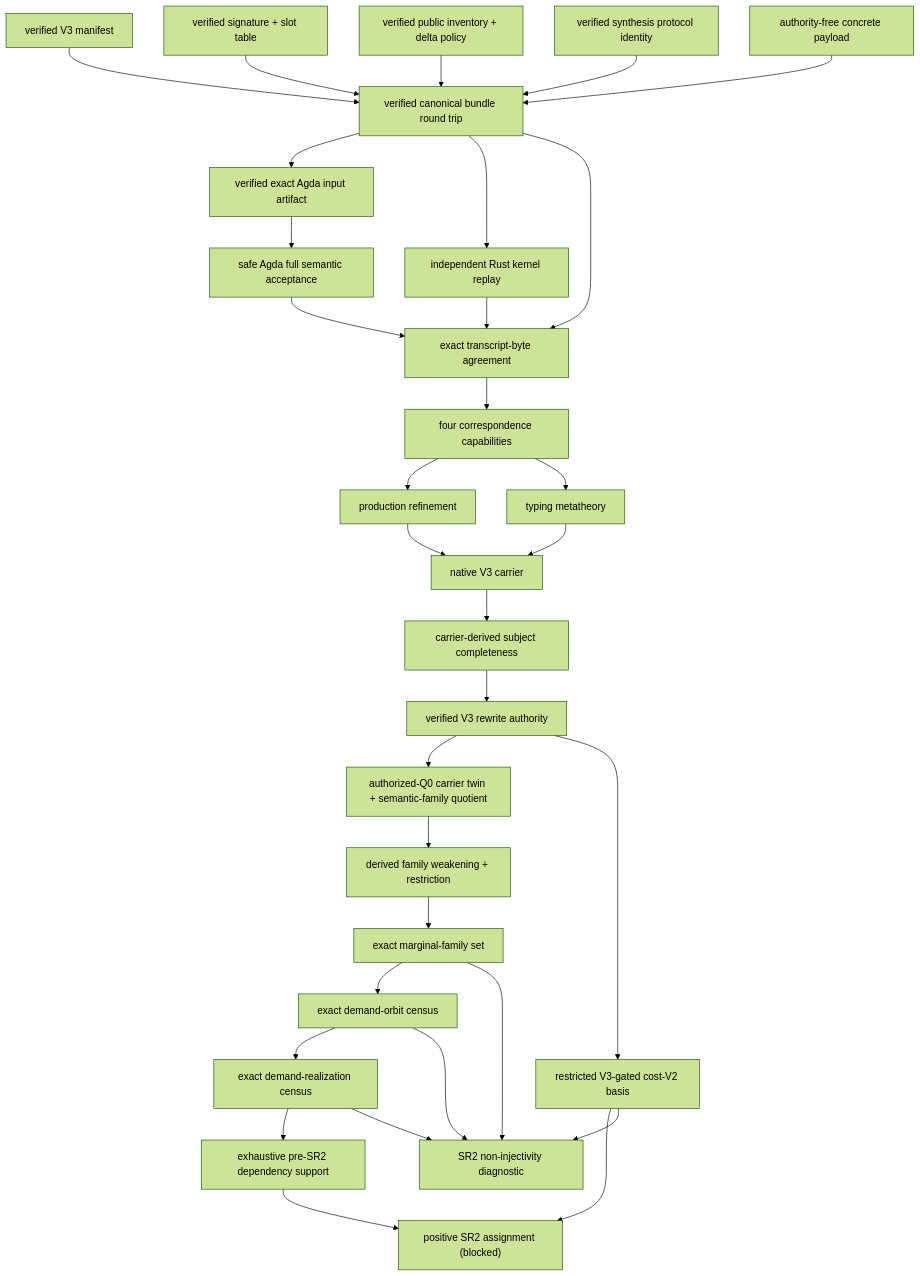
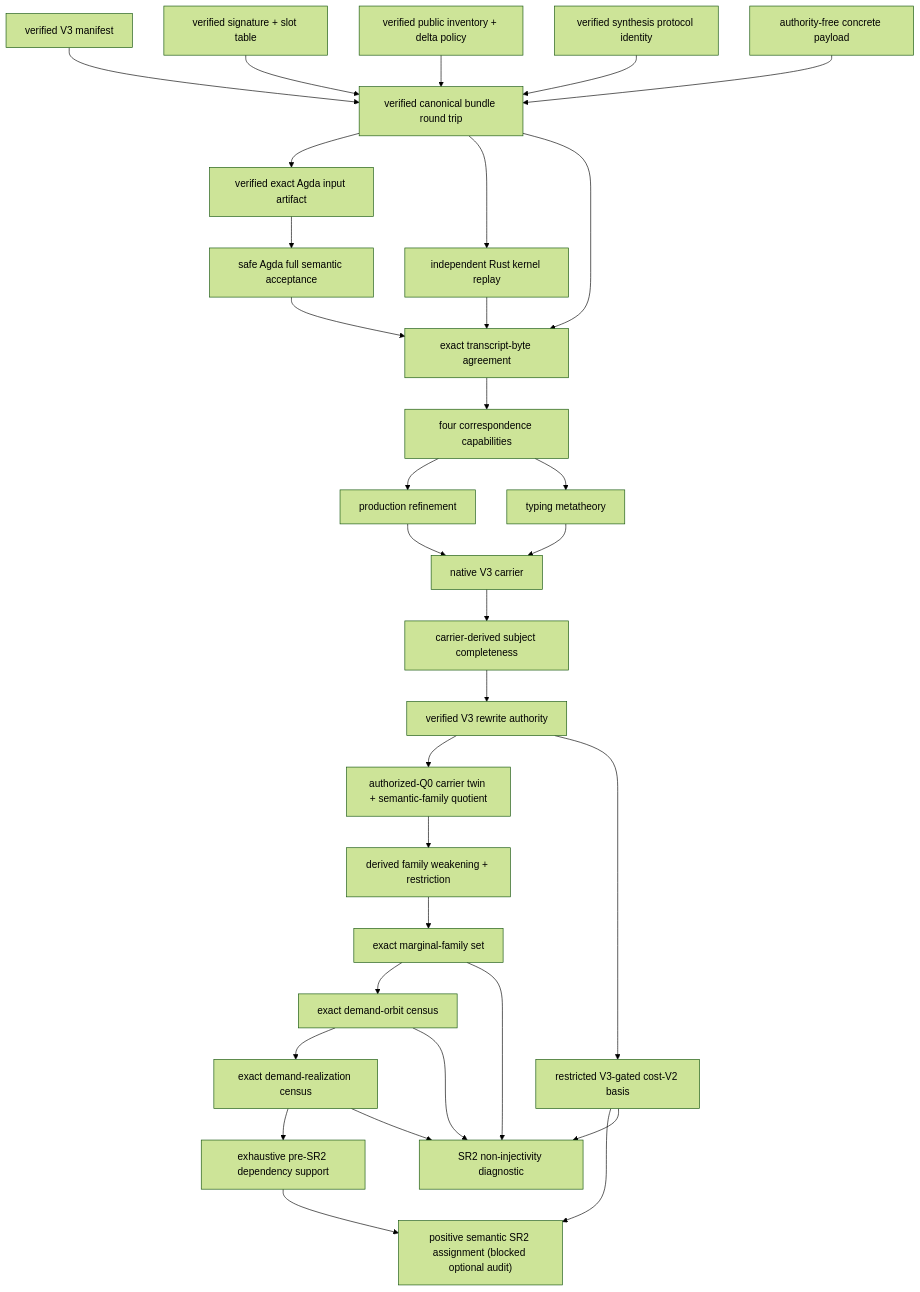
Before and after one commit to efficient-novelty/atomic: the third of 4 diagrams in docs/260730_architecture.md, drawn with Mermaid (forest theme). The commit also changed other lines of this file and 14 other files, not shown here.

````diff
--- a/docs/260730_architecture.md
+++ b/docs/260730_architecture.md
@@ -1063,60 +1399,60 @@
 ```mermaid
 flowchart TD
   Manifest["verified V3 manifest"]
   Signature["verified signature + slot table"]
   Inventory["verified public inventory + delta policy"]
   Synthesis["verified synthesis protocol identity"]
   Payload["authority-free concrete payload"]
   Bundle["verified canonical bundle round trip"]
   Input["verified exact Agda input artifact"]
   Agda["safe Agda full semantic acceptance"]
   Rust["independent Rust kernel replay"]
   Transcript["exact transcript-byte agreement"]
   Correspondence["four correspondence capabilities"]
   Refinement["production refinement"]
   Meta["typing metatheory"]
   Carrier["native V3 carrier"]
   Coverage["carrier-derived subject completeness"]
   Rewrite["verified V3 rewrite authority"]
   Quotient["authorized-Q0 carrier twin + semantic-family quotient"]
   Weakening["derived family weakening + restriction"]
   Marginals["exact marginal-family set"]
   Orbit["exact demand-orbit census"]
   Realization["exact demand-realization census"]
   Support["exhaustive pre-SR2 dependency support"]
   Cost["restricted V3-gated cost-V2 basis"]
-  PositiveSR2["positive SR2 assignment (blocked)"]
+  PositiveSR2["positive semantic SR2 assignment (blocked optional audit)"]
   Obstruction["SR2 non-injectivity diagnostic"]
 
   Manifest --> Bundle
   Signature --> Bundle
   Inventory --> Bundle
   Synthesis --> Bundle
   Payload --> Bundle
   Bundle --> Input
   Input --> Agda
   Bundle --> Rust
   Agda --> Transcript
   Rust --> Transcript
   Bundle --> Transcript
   Transcript --> Correspondence
   Correspondence --> Refinement
   Correspondence --> Meta
   Refinement --> Carrier
   Meta --> Carrier
   Carrier --> Coverage
   Coverage --> Rewrite
   Rewrite --> Quotient
   Quotient --> Weakening
   Weakening --> Marginals
   Marginals --> Orbit
   Orbit --> Realization
   Realization --> Support
   Rewrite --> Cost
   Support --> PositiveSR2
   Cost --> PositiveSR2
   Marginals --> Obstruction
   Orbit --> Obstruction
   Realization --> Obstruction
   Cost --> Obstruction
 ```
````
